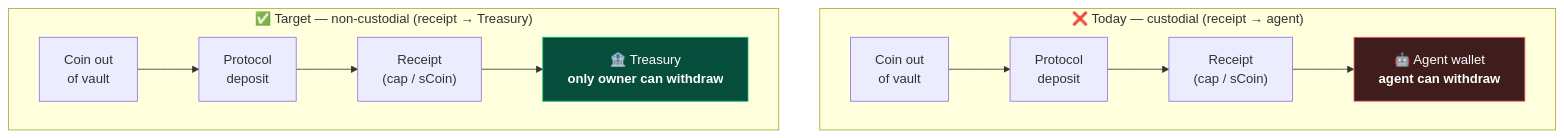
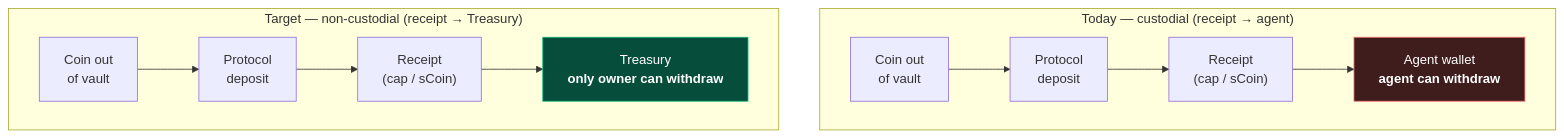
One commit to speedxgul/looping-agent changed the second of 9 diagrams in docs/treasury-agent-design.md. Above: the diagram before and after it, drawn with Mermaid. The commit also changed other lines of this file and 13 other files, not shown here.

````diff
--- a/docs/treasury-agent-design.md
+++ b/docs/treasury-agent-design.md
@@ -180,19 +191,19 @@
 ```mermaid
 flowchart TB
-    subgraph BEFORE["❌ Today — custodial (receipt → agent)"]
+    subgraph BEFORE["Today — custodial (receipt → agent)"]
         direction LR
         c1["Coin out<br/>of vault"] --> p1["Protocol<br/>deposit"]
         p1 --> r1["Receipt<br/>(cap / sCoin)"]
-        r1 --> w1["🤖 Agent wallet<br/><b>agent can withdraw</b>"]
+        r1 --> w1["Agent wallet<br/><b>agent can withdraw</b>"]
     end
-    subgraph AFTER["✅ Target — non-custodial (receipt → Treasury)"]
+    subgraph AFTER["Target — non-custodial (receipt → Treasury)"]
         direction LR
         c2["Coin out<br/>of vault"] --> p2["Protocol<br/>deposit"]
         p2 --> r2["Receipt<br/>(cap / sCoin)"]
-        r2 --> t2["🏦 Treasury<br/><b>only owner can withdraw</b>"]
+        r2 --> t2["Treasury<br/><b>only owner can withdraw</b>"]
     end
     classDef bad fill:#3f1d1d,stroke:#f87171,color:#fff;
     classDef good fill:#064e3b,stroke:#10b981,color:#fff;
     class w1 bad;
     class t2 good;
 ```
````
